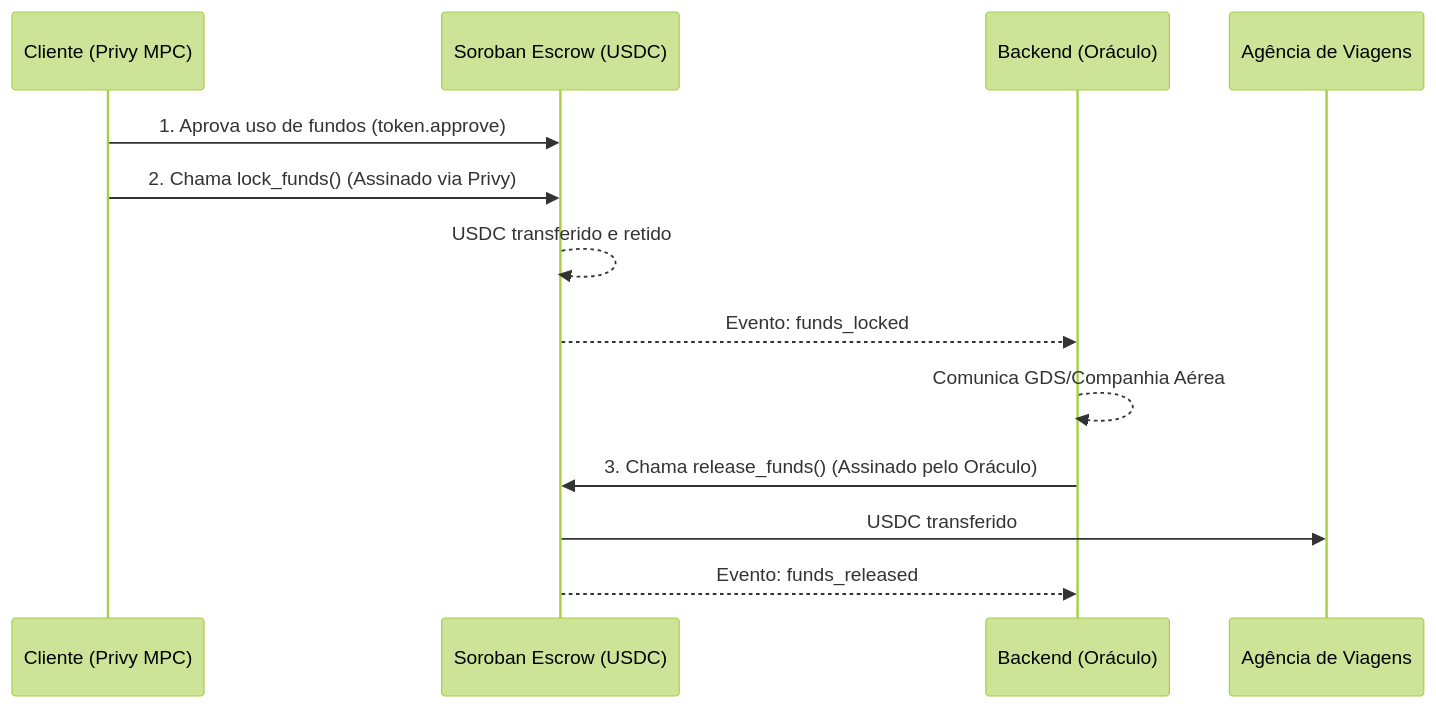
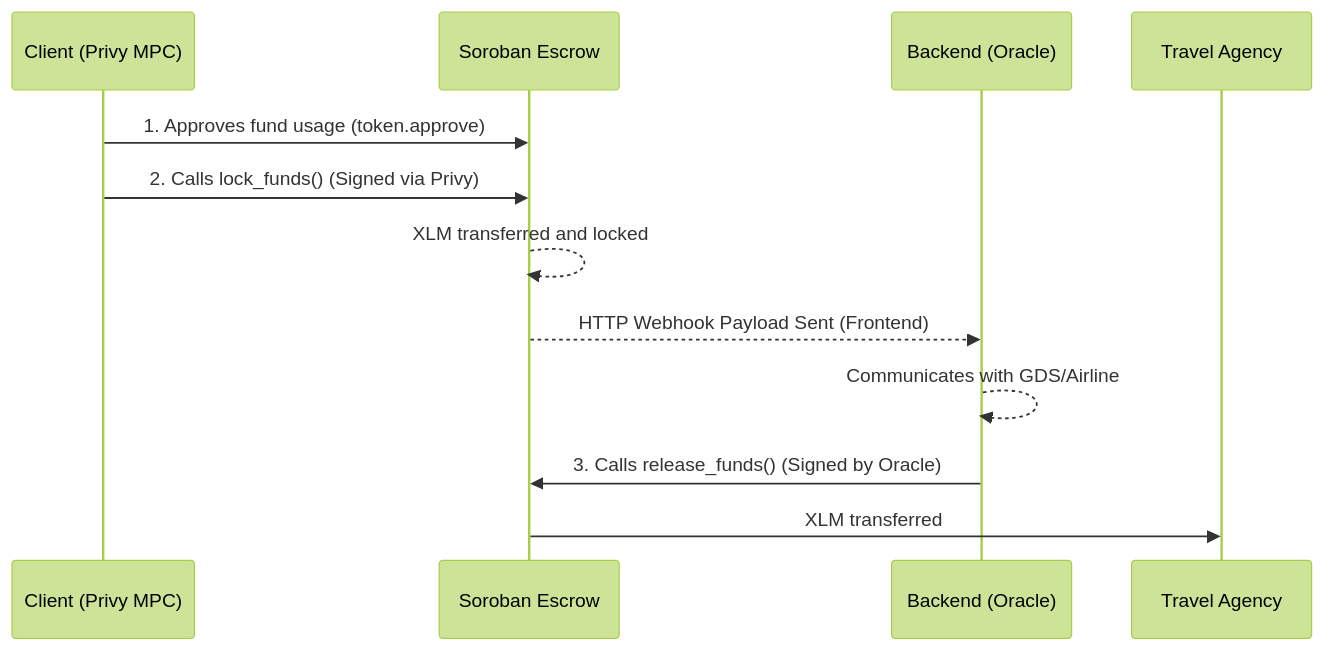
One commit to vhendala/bittravels-hackathon changed the diagram in docs/escrow.md. Above: the diagram before and after it, drawn with Mermaid (forest theme). The commit also changed other lines of this file and 17 other files, not shown here.

Commit message:
feat: implement stellar escrow payment flow and integrated checkout page with privy authentication

````diff
--- a/docs/escrow.md
+++ b/docs/escrow.md
@@ -17,16 +17,15 @@
 ```mermaid
 sequenceDiagram
-    participant Cliente as Cliente (Privy MPC)
-    participant Contrato as Soroban Escrow (USDC)
-    participant Backend as Backend (Oráculo)
-    participant Agencia as Agência de Viagens
+    participant Client as Client (Privy MPC)
+    participant Contract as Soroban Escrow
+    participant Backend as Backend (Oracle)
+    participant Agency as Travel Agency
 
-    Cliente->>Contrato: 1. Aprova uso de fundos (token.approve)
-    Cliente->>Contrato: 2. Chama lock_funds() (Assinado via Privy)
-    Contrato-->>Contrato: USDC transferido e retido
-    Contrato-->>Backend: Evento: funds_locked
-    Backend-->>Backend: Comunica GDS/Companhia Aérea
-    Backend->>Contrato: 3. Chama release_funds() (Assinado pelo Oráculo)
-    Contrato->>Agencia: USDC transferido
-    Contrato-->>Backend: Evento: funds_released
+    Client->>Contract: 1. Approves fund usage (token.approve)
+    Client->>Contract: 2. Calls lock_funds() (Signed via Privy)
+    Contract-->>Contract: XLM transferred and locked
+    Contract-->>Backend: HTTP Webhook Payload Sent (Frontend)
+    Backend-->>Backend: Communicates with GDS/Airline
+    Backend->>Contract: 3. Calls release_funds() (Signed by Oracle)
+    Contract->>Agency: XLM transferred
 ```
````
